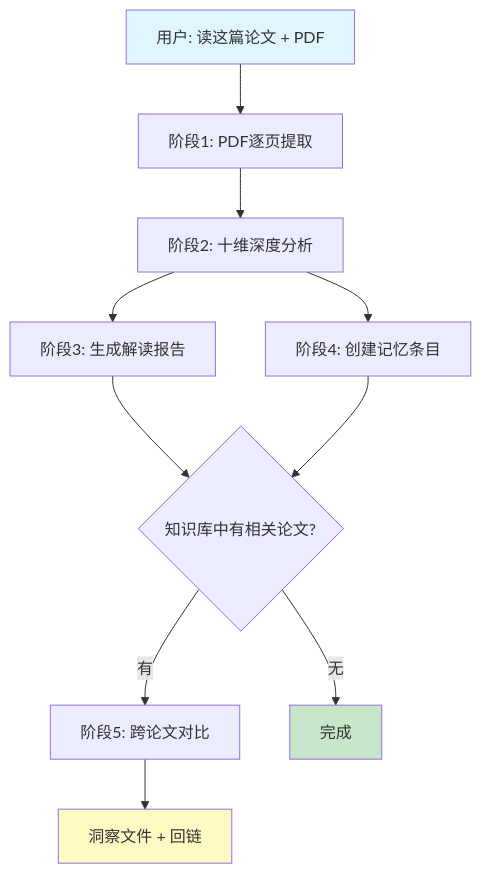
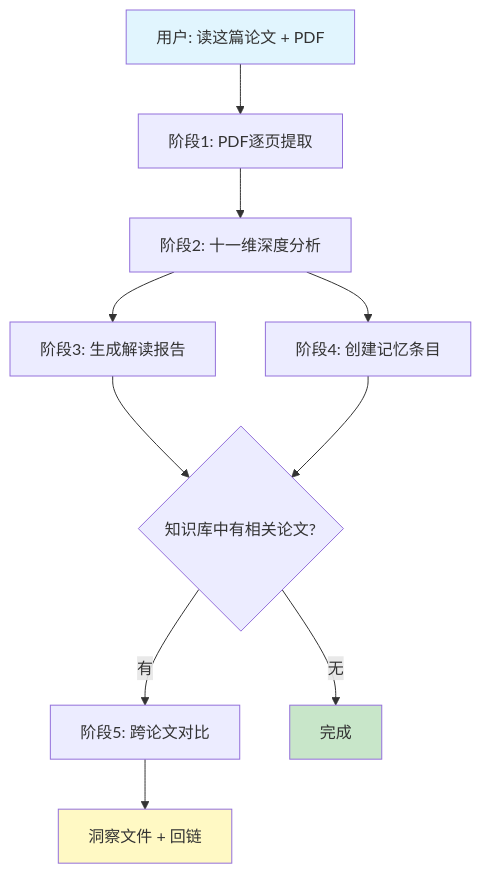
One commit to huyang51/deep_read_paper_skill changed the diagram in README_CN.md. Above: the diagram before and after it, drawn with Mermaid. The commit also changed other lines of this file and 6 other files, not shown here.

````diff
--- a/README_CN.md
+++ b/README_CN.md
@@ -49,16 +49,16 @@
 ```mermaid
 graph TD
     A["用户: 读这篇论文 + PDF"] --> B["阶段1: PDF逐页提取"]
-    B --> C["阶段2: 十维深度分析"]
+    B --> C["阶段2: 十一维深度分析"]
     C --> D["阶段3: 生成解读报告"]
     C --> E["阶段4: 创建记忆条目"]
     D --> F{"知识库中有相关论文?"}
     E --> F
     F -->|"有"| G["阶段5: 跨论文对比"]
     F -->|"无"| H["完成"]
     G --> I["洞察文件 + 回链"]
 
     style A fill:#e1f5fe
     style H fill:#c8e6c9
     style I fill:#fff9c4
 ```
````
